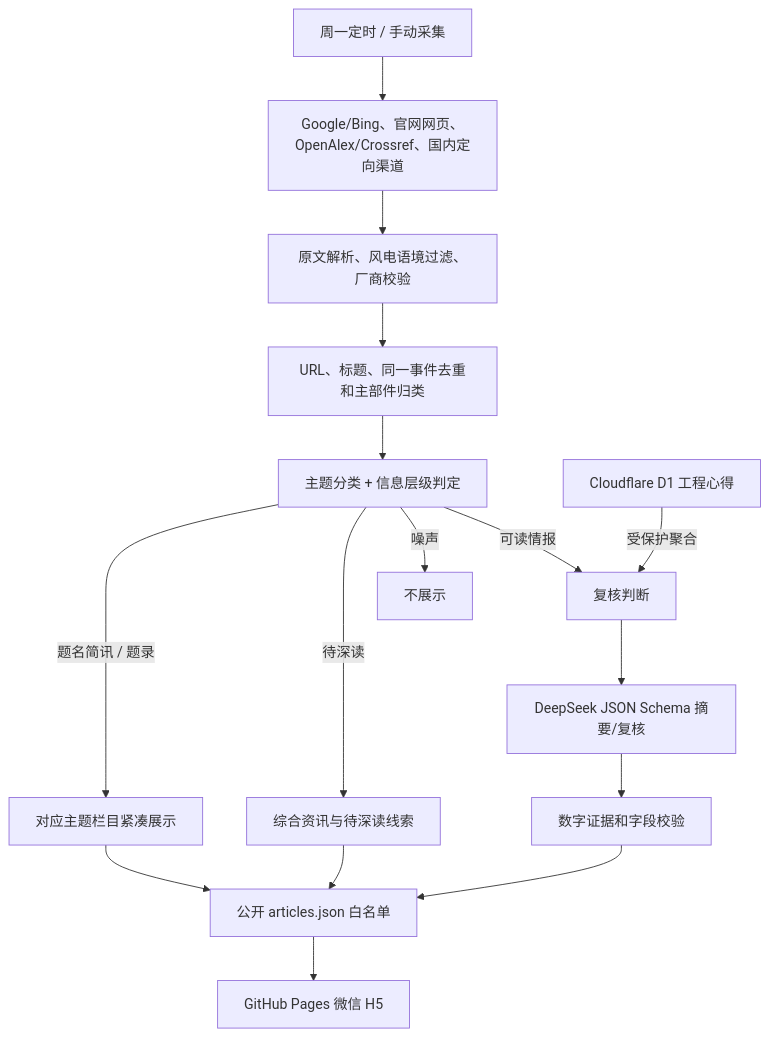
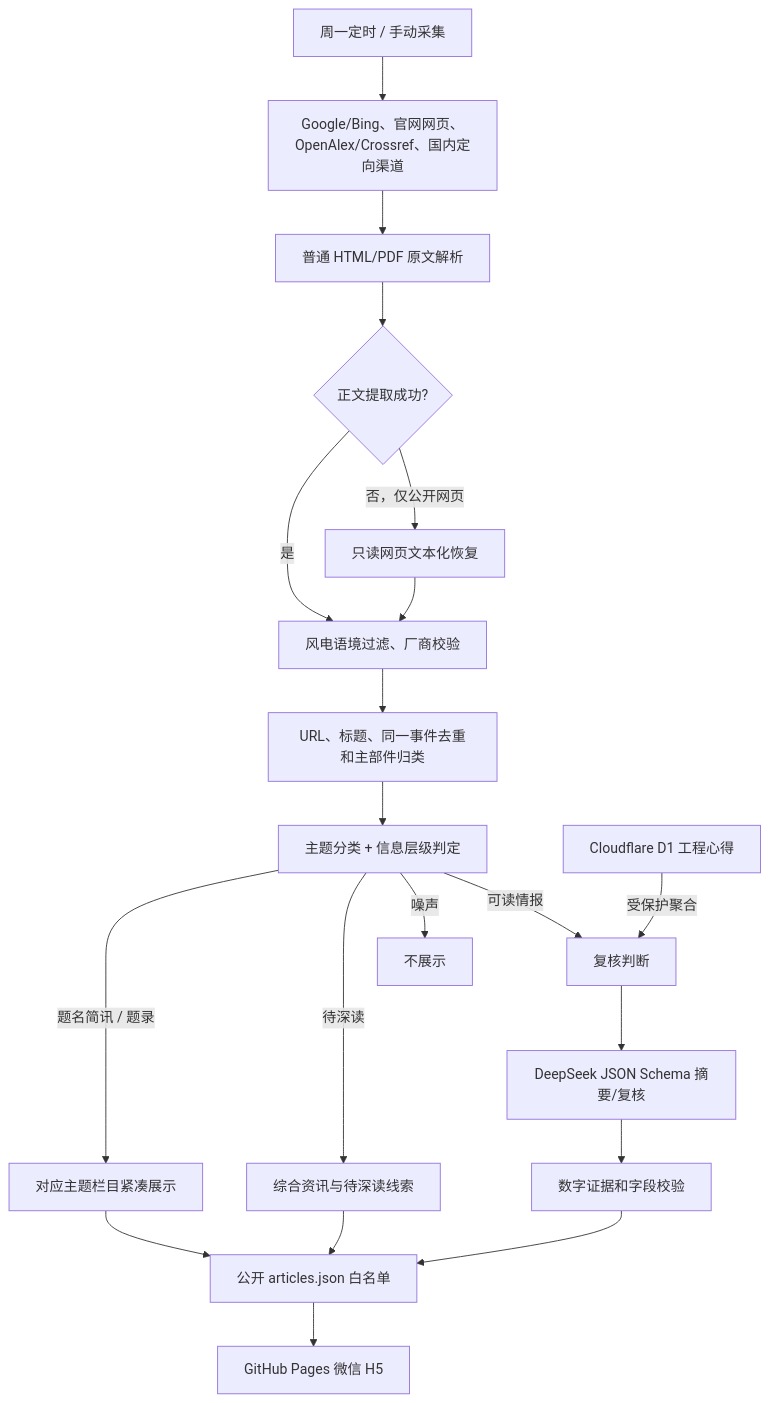
The diagram in HUNDOFF.md (WxF5ve/wind-drivetrain-intelligence), drawn with Mermaid before and after one commit. The commit also changed other lines of this file and 8 other files, not shown here.

````diff
--- a/HUNDOFF.md
+++ b/HUNDOFF.md
@@ -224,18 +228,22 @@
 ```mermaid
 flowchart TD
     A["周一定时 / 手动采集"] --> B["Google/Bing、官网网页、OpenAlex/Crossref、国内定向渠道"]
-    B --> C["原文解析、风电语境过滤、厂商校验"]
-    C --> D["URL、标题、同一事件去重和主部件归类"]
+    B --> C["普通 HTML/PDF 原文解析"]
+    C --> R{"正文提取成功?"}
+    R -->|"是"| V["风电语境过滤、厂商校验"]
+    R -->|"否，仅公开网页"| W["只读网页文本化恢复"]
+    W --> V
+    V --> D["URL、标题、同一事件去重和主部件归类"]
     D --> E["主题分类 + 信息层级判定"]
     E -->|"题名简讯 / 题录"| T["对应主题栏目紧凑展示"]
     E -->|"待深读"| L["综合资讯与待深读线索"]
     E -->|"噪声"| X["不展示"]
     F["Cloudflare D1 工程心得"] -->|"受保护聚合"| G["复核判断"]
     E -->|"可读情报"| G
     G --> H["DeepSeek JSON Schema 摘要/复核"]
     H --> I["数字证据和字段校验"]
     I --> J["公开 articles.json 白名单"]
     T --> J
     L --> J
     J --> K["GitHub Pages 微信 H5"]
 ```
````
